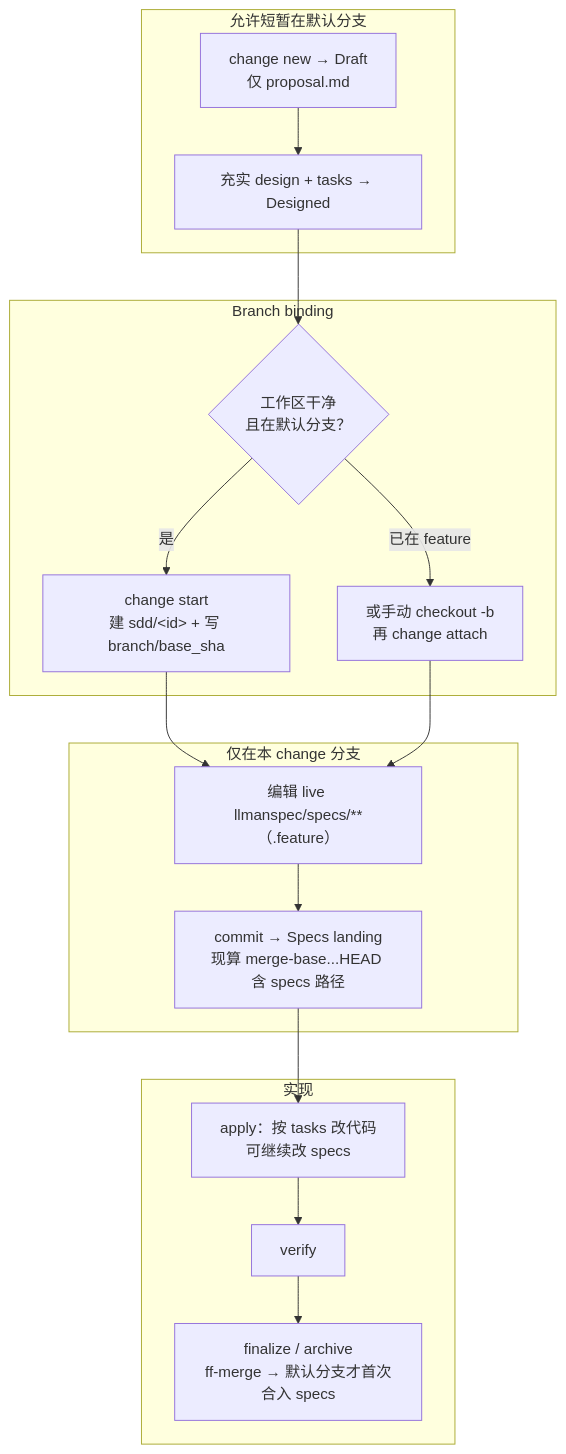
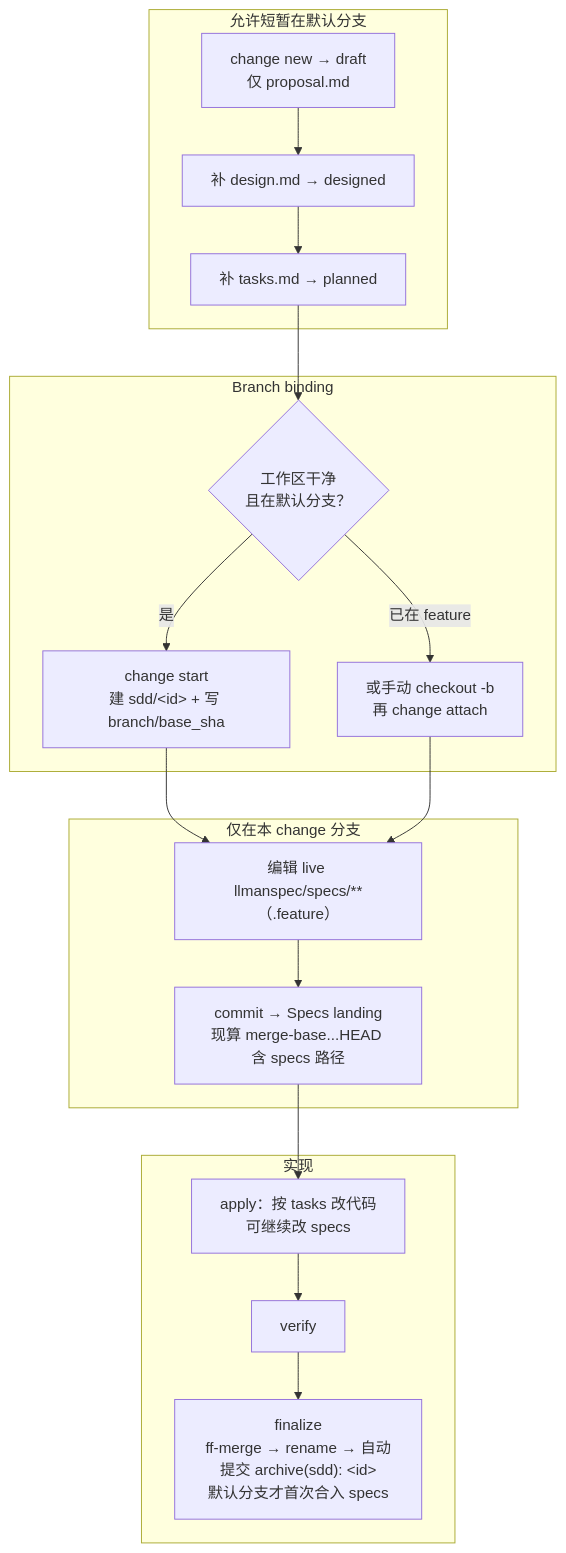
One commit to StrayDragon/llman changed the diagram in crates/llman-sdd/templates/sdd/zh-Hans/units/skills/git-native-flow.md. Above: the diagram before and after it, drawn with Mermaid. The commit also changed other lines of this file and 25 other files, not shown here.

Commit message:
docs(sdd): 模板按 lifecycle v2 重写描述（四档/needs_specs_change/finalize 自动收口/@agent+rules_touched/migrations SOP）

````diff
--- a/crates/llman-sdd/templates/sdd/zh-Hans/units/skills/git-native-flow.md
+++ b/crates/llman-sdd/templates/sdd/zh-Hans/units/skills/git-native-flow.md
@@ -5,29 +5,30 @@
 ```mermaid
 flowchart TB
   subgraph main_ok["允许短暂在默认分支"]
-    A["change new → Draft<br/>仅 proposal.md"]
-    B["充实 design + tasks → Designed"]
+    A["change new → draft<br/>仅 proposal.md"]
+    B1["补 design.md → designed"]
+    B2["补 tasks.md → planned"]
   end
 
   subgraph gate_start["Branch binding"]
     C{"工作区干净<br/>且在默认分支？"}
     D["change start<br/>建 sdd/&lt;id&gt; + 写 branch/base_sha"]
     E["或手动 checkout -b<br/>再 change attach"]
   end
 
   subgraph specs_only["仅在本 change 分支"]
     F["编辑 live llmanspec/specs/**（.feature）"]
     G["commit → Specs landing<br/>现算 merge-base...HEAD 含 specs 路径"]
   end
 
   subgraph implement["实现"]
     H["apply：按 tasks 改代码<br/>可继续改 specs"]
     I["verify"]
-    J["finalize / archive<br/>ff-merge → 默认分支才首次合入 specs"]
+    J["finalize<br/>ff-merge → rename → 自动提交 archive(sdd): &lt;id&gt;<br/>默认分支才首次合入 specs"]
   end
 
-  A --> B --> C
+  A --> B1 --> B2 --> C
   C -->|是| D --> F
   C -->|已在 feature| E --> F
   F --> G --> H --> I --> J
 ```
````
